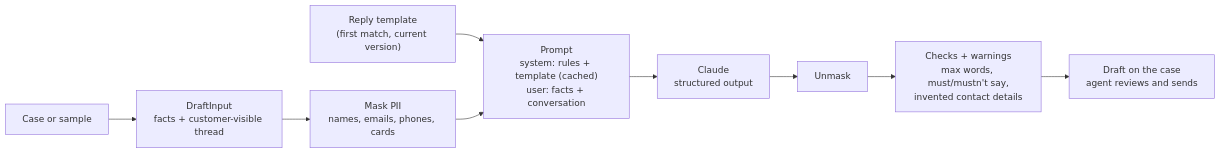
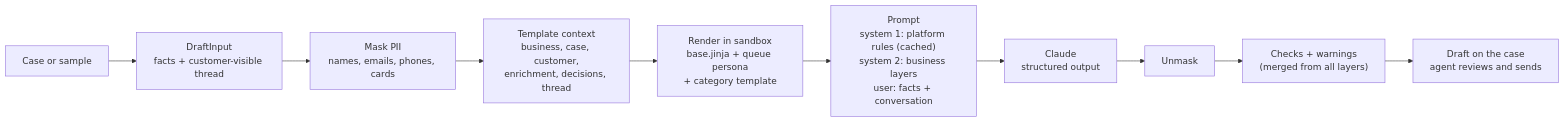
The fifth of 5 diagrams in docs/dev/codebase-guide.md (akash-v13/Local-CRM), drawn with Mermaid before and after one commit. The commit also changed other lines of this file and 59 other files, not shown here.

First line of the commit message:
Jinja prompt templates: baseline + queue persona + case-type layers

````diff
--- a/docs/dev/codebase-guide.md
+++ b/docs/dev/codebase-guide.md
@@ -183,10 +185,11 @@
 ```mermaid
 flowchart LR
     Case[Case or sample] --> Input["DraftInput<br/>facts + customer-visible thread"]
     Input --> Mask["Mask PII<br/>names, emails, phones, cards"]
-    Template["Reply template<br/>(first match, current version)"] --> Prompt
-    Mask --> Prompt["Prompt<br/>system: rules + template (cached)<br/>user: facts + conversation"]
+    Mask --> Ctx["Template context<br/>business, case, customer,<br/>enrichment, decisions, thread"]
+    Ctx --> Render["Render in sandbox<br/>base.jinja + queue persona<br/>+ category template"]
+    Render --> Prompt["Prompt<br/>system 1: platform rules (cached)<br/>system 2: business layers<br/>user: facts + conversation"]
     Prompt --> Claude["Claude<br/>structured output"]
-    Claude --> Unmask["Unmask"] --> Checks["Checks + warnings<br/>max words, must/mustn't say,<br/>invented contact details"]
+    Claude --> Unmask["Unmask"] --> Checks["Checks + warnings<br/>(merged from all layers)"]
     Checks --> Draft[Draft on the case<br/>agent reviews and sends]
 ```
````
